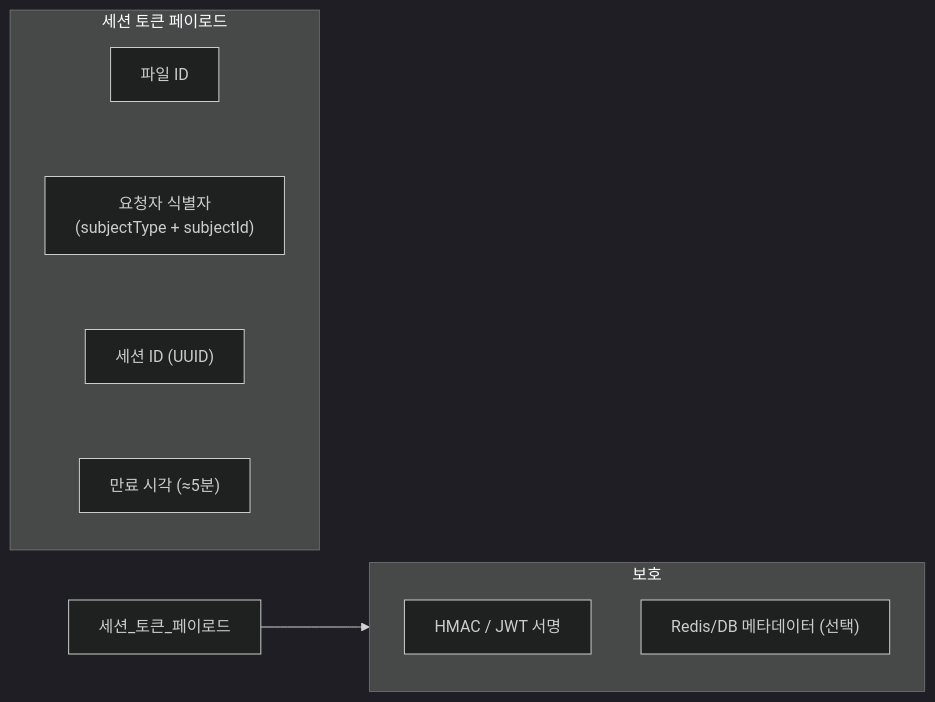
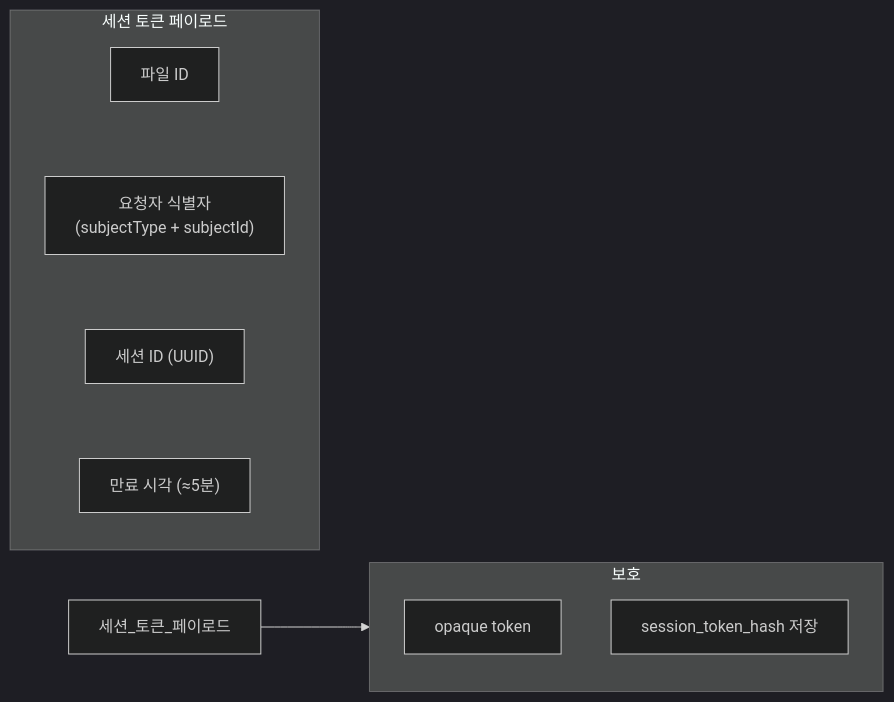
The fifth of 11 diagrams in docs/설계/pipeline/다운로드 파이프라인.md (Cloud-Sharp/docs), drawn with Mermaid (dark theme) before and after one commit. The commit also changed other lines of this file and 6 other files, not shown here.

Commit message:
Switch auth docs to opaque session tokens

````diff
--- a/docs/설계/pipeline/다운로드 파이프라인.md
+++ b/docs/설계/pipeline/다운로드 파이프라인.md
@@ -225,17 +225,17 @@
 ```mermaid
 flowchart LR
     subgraph 세션 토큰 페이로드
         direction TB
         A["파일 ID"] ~~~ B["요청자 식별자
         (subjectType + subjectId)"]
         B ~~~ C["세션 ID (UUID)"]
         C ~~~ D["만료 시각 (≈5분)"]
     end
 
     subgraph 보호
-        E["HMAC / JWT 서명"]
-        F["Redis/DB 메타데이터 (선택)"]
+        E["opaque token"]
+        F["session_token_hash 저장"]
     end
 
     세션_토큰_페이로드 --> 보호
 ```
````
